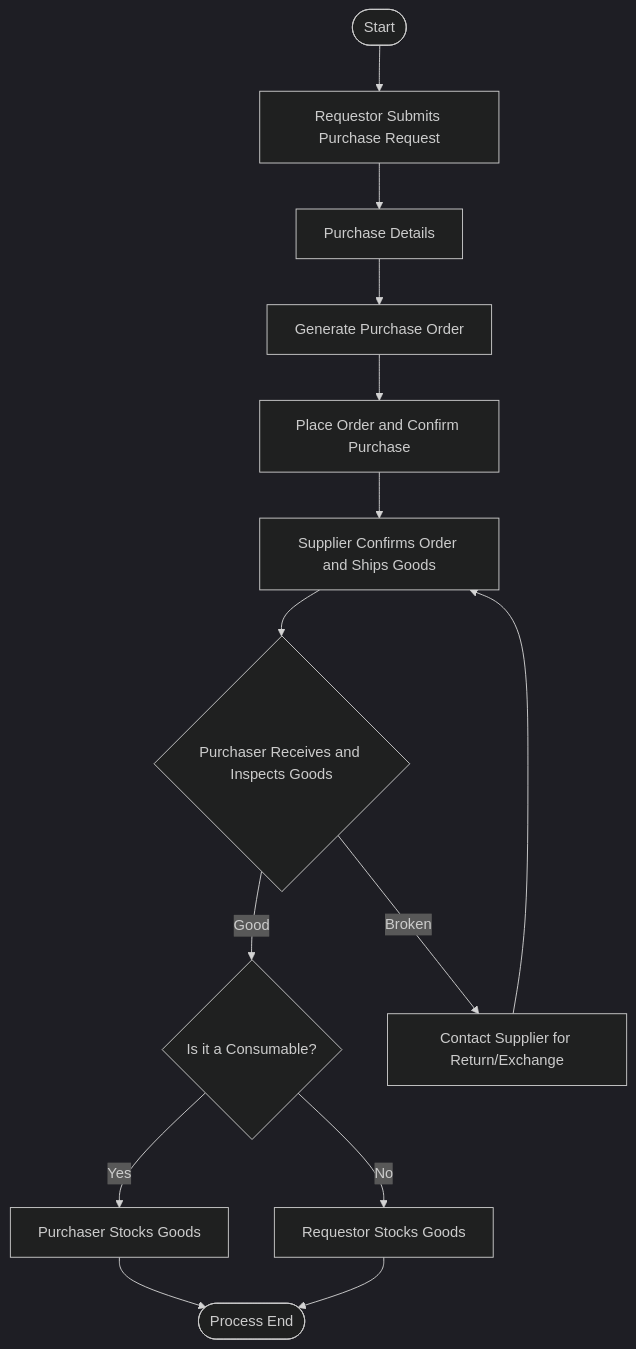
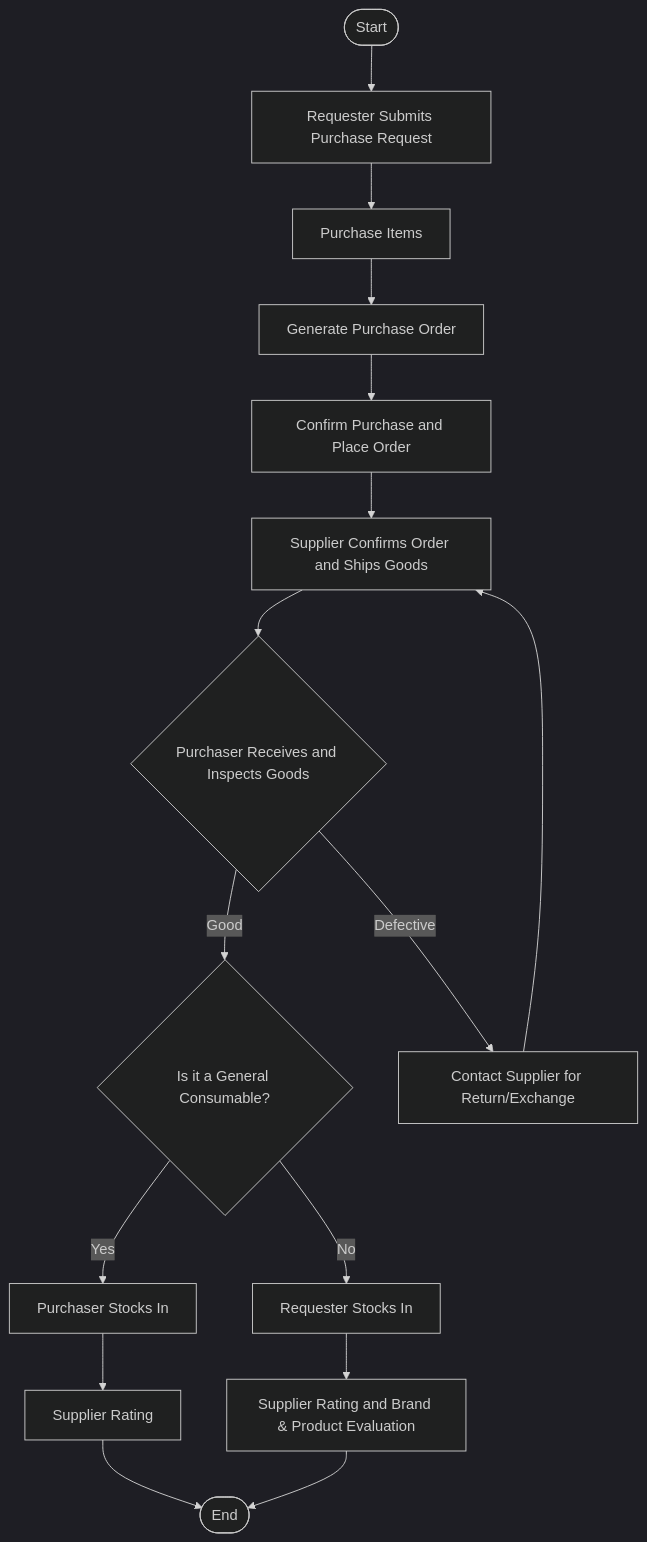
One commit to threekd/LLD_Material changed the diagram in docs/flowchart.md. Above: the diagram before and after it, drawn with Mermaid (dark theme).

````diff
--- a/docs/flowchart.md
+++ b/docs/flowchart.md
@@ -5,16 +5,17 @@
 ```mermaid
 
 graph TD
-    st([Start]) --> add_request[Requestor Submits Purchase Request]
-    add_request --> purchase_item[Purchase Details]
-    purchase_item --> add_purchase_order[Generate Purchase Order]
-    add_purchase_order --> create_PO[Place Order and Confirm Purchase]
-    create_PO --> supplier_confirm[Supplier Confirms Order and Ships Goods]
-    supplier_confirm --> receive_check{Purchaser Receives and Inspects Goods}
-    receive_check -->|Good| good_category{Is it a Consumable?}
-    receive_check -->|Broken| good_exchange[Contact Supplier for Return/Exchange] --> supplier_confirm
-    good_category -->|Yes| buyer_gr[Purchaser Stocks Goods] --> process_end([Process End])
-    good_category -->|No| user_gr[Requestor Stocks Goods] --> process_end([Process End])
-
+    st([Start]) --> req_submit[Requester Submits Purchase Request]
+    req_submit --> purchase_info[Purchase Items]
+    purchase_info --> gen_PO[Generate Purchase Order]
+    gen_PO --> confirm_order[Confirm Purchase and Place Order]
+    confirm_order --> supplier_confirm[Supplier Confirms Order and Ships Goods]
+    supplier_confirm --> receive_inspect{Purchaser Receives and Inspects Goods}
+    receive_inspect -->|Good| item_category{Is it a General Consumable?}
+    receive_inspect -->|Defective| item_return[Contact Supplier for Return/Exchange] --> supplier_confirm
+    item_category -->|Yes| stock_cons[Purchaser Stocks In] --> Rating[Supplier Rating]
+    Rating --> process_end([End of Process])
+    item_category -->|No| stock_noncons[Requester Stocks In] --> Evaluation[Supplier Rating and Brand & Product Evaluation]
+    Evaluation --> process_end([End])
 
 ```
````
